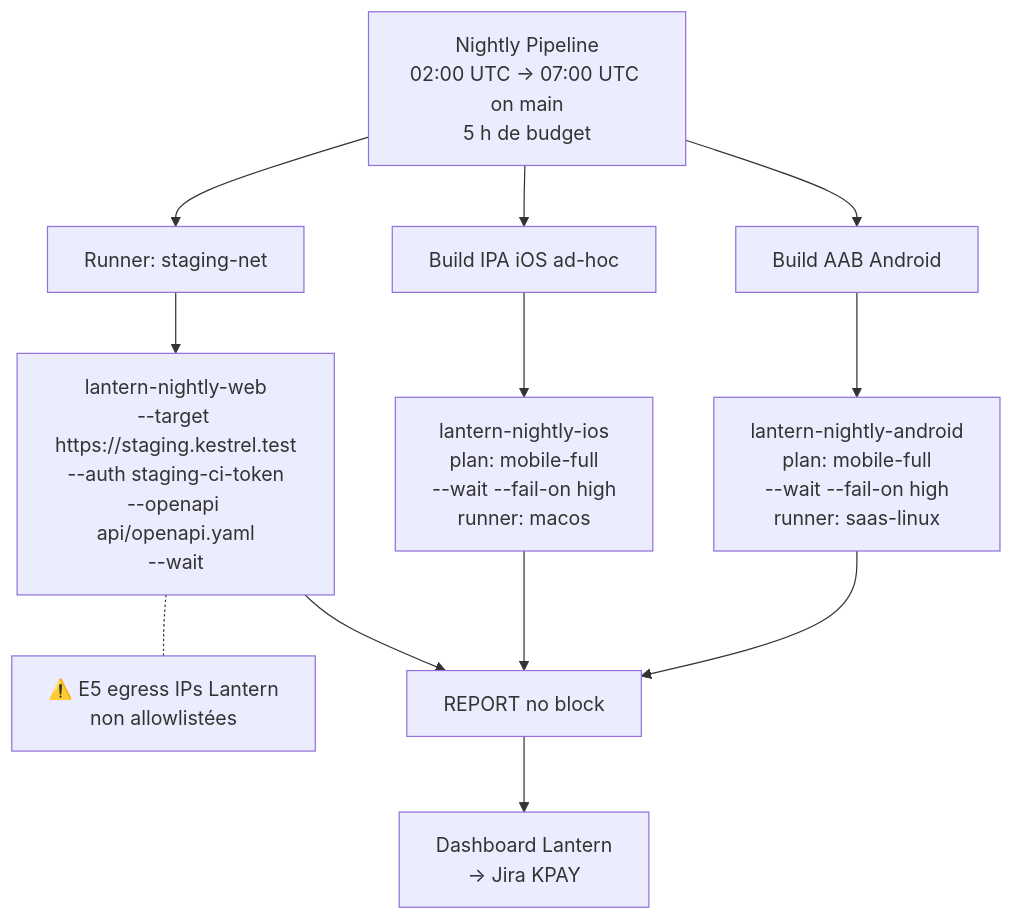
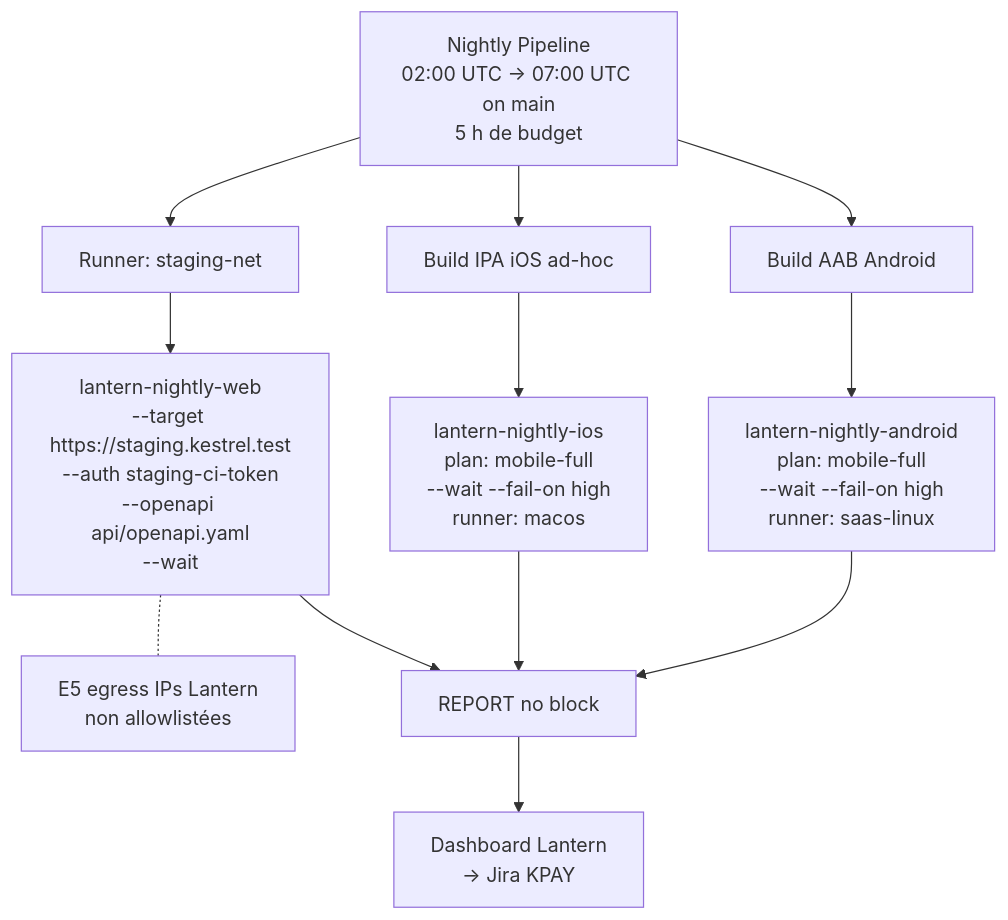
One commit to Ayoub-glitsh/lantern-kestrel-presales-assessment changed the fifth of 7 diagrams in integration_design.md. Above: the diagram before and after it, drawn with Mermaid. The commit also changed other lines of this file, not shown here.

````diff
--- a/integration_design.md
+++ b/integration_design.md
@@ -231,22 +231,22 @@
 ```mermaid
 
 flowchart TB
     T["Nightly Pipeline<br/>02:00 UTC → 07:00 UTC on main<br/>5 h de budget"]
 
     T --> A1["Build AAB Android"]
     T --> I1["Build IPA iOS ad-hoc"]
     T --> W1["Runner: staging-net"]
 
     A1 --> A2["lantern-nightly-android<br/>plan: mobile-full<br/>--wait --fail-on high<br/>runner: saas-linux"]
     I1 --> I2["lantern-nightly-ios<br/>plan: mobile-full<br/>--wait --fail-on high<br/>runner: macos"]
     W1 --> W2["lantern-nightly-web<br/>--target https://staging.kestrel.test<br/>--auth staging-ci-token<br/>--openapi api/openapi.yaml<br/>--wait"]
 
-    W2 -.- E5["⚠️ E5  egress IPs Lantern<br/>non allowlistées"]
+    W2 -.- E5[" E5  egress IPs Lantern<br/>non allowlistées"]
 
     A2 --> R["REPORT  no block"]
     I2 --> R
     W2 --> R
 
     R --> D["Dashboard Lantern<br/>→ Jira KPAY"]
 
 ```
````
